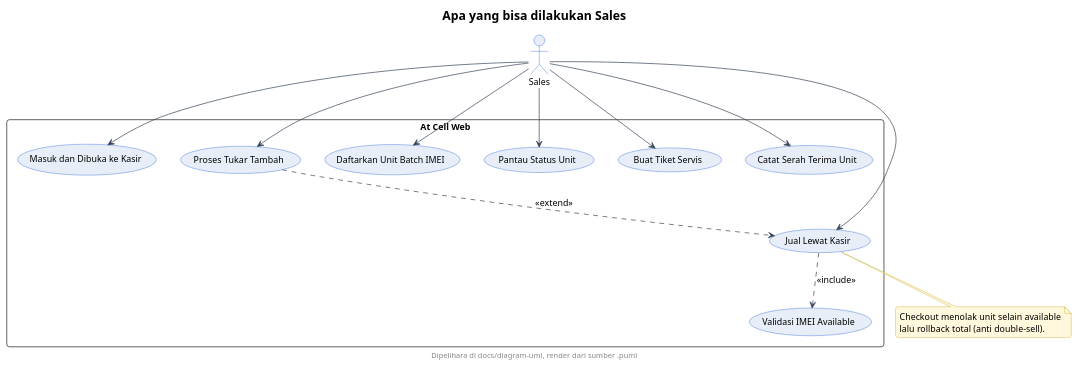
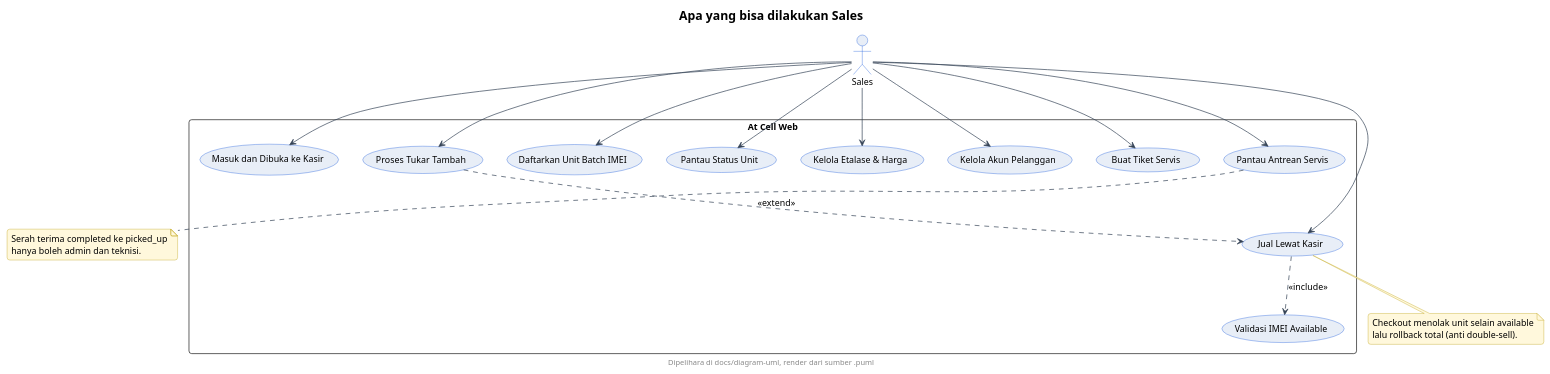
The diagram in docs/diagram-uml/sales/usecase-sales.puml (neiaki/KP), drawn with PlantUML before and after one commit. The commit also changed 39 other files, not shown here.

```diff
--- a/docs/diagram-uml/sales/usecase-sales.puml
+++ b/docs/diagram-uml/sales/usecase-sales.puml
@@ -1,69 +1,77 @@
 @startuml
 ' --- gaya At Cell (inline, mandiri utk server publik) ---
 skinparam backgroundColor #FFFFFF
 skinparam shadowing false
 skinparam roundcorner 8
 skinparam defaultFontName sans-serif
 skinparam defaultFontSize 13
 skinparam titleFontSize 18
 skinparam titleFontStyle bold
 skinparam headerFontSize 11
 skinparam footerFontSize 11
 skinparam noteBackgroundColor #FFF8DC
 skinparam noteBorderColor #B89B00
 skinparam actorBackgroundColor #E8EEF7
 skinparam actorBorderColor #0B4ED8
 skinparam participantBackgroundColor #E8EEF7
 skinparam participantBorderColor #0B4ED8
 skinparam usecaseBackgroundColor #E8EEF7
 skinparam usecaseBorderColor #0B4ED8
 skinparam classBackgroundColor #E8EEF7
 skinparam classBorderColor #0B4ED8
 skinparam objectBackgroundColor #EEF3FA
 skinparam objectBorderColor #0B4ED8
 skinparam activityBackgroundColor #E8EEF7
 skinparam activityBorderColor #0B4ED8
 skinparam activityDiamondBackgroundColor #FFFFFF
 skinparam activityDiamondBorderColor #0B4ED8
 skinparam stateBackgroundColor #E8EEF7
 skinparam stateBorderColor #0B4ED8
 skinparam stateStartColor #0B4ED8
 skinparam stateEndColor #0B4ED8
 skinparam componentBackgroundColor #E8EEF7
 skinparam componentBorderColor #0B4ED8
 skinparam cloudBackgroundColor #F2F5FA
 skinparam cloudBorderColor #5B6B82
 skinparam databaseBackgroundColor #E8EEF7
 skinparam databaseBorderColor #0B4ED8
 skinparam entityBackgroundColor #E8EEF7
 skinparam entityBorderColor #0B4ED8
 skinparam sequenceArrowColor #334155
 skinparam sequenceLifeLineBorderColor #0B4ED8
 skinparam sequenceParticipantBorderColor #0B4ED8
 footer Dipelihara di docs/diagram-uml, render dari sumber .puml
 title Apa yang bisa dilakukan Sales
 actor Sales as S
 rectangle "At Cell Web" {
   usecase "Masuk dan Dibuka ke Kasir" as MasukKasir
   usecase "Jual Lewat Kasir" as JualKasir
   usecase "Validasi IMEI Available" as ValidasiIMEI
   usecase "Proses Tukar Tambah" as TukarTambah
   usecase "Daftarkan Unit Batch IMEI" as DaftarBatch
   usecase "Pantau Status Unit" as PantauUnit
+  usecase "Kelola Etalase & Harga" as KelolaEtalase
+  usecase "Kelola Akun Pelanggan" as KelolaPelanggan
   usecase "Buat Tiket Servis" as BuatTiket
-  usecase "Catat Serah Terima Unit" as SerahTerima
+  usecase "Pantau Antrean Servis" as PantauServis
 }
 S --> MasukKasir
 S --> JualKasir
 S --> TukarTambah
 S --> DaftarBatch
 S --> PantauUnit
+S --> KelolaEtalase
+S --> KelolaPelanggan
 S --> BuatTiket
-S --> SerahTerima
+S --> PantauServis
 JualKasir ..> ValidasiIMEI : <<include>>
 TukarTambah ..> JualKasir : <<extend>>
 note bottom of JualKasir
   Checkout menolak unit selain available
   lalu rollback total (anti double-sell).
 end note
+note bottom of PantauServis
+  Serah terima completed ke picked_up
+  hanya boleh admin dan teknisi.
+end note
 @enduml
```
